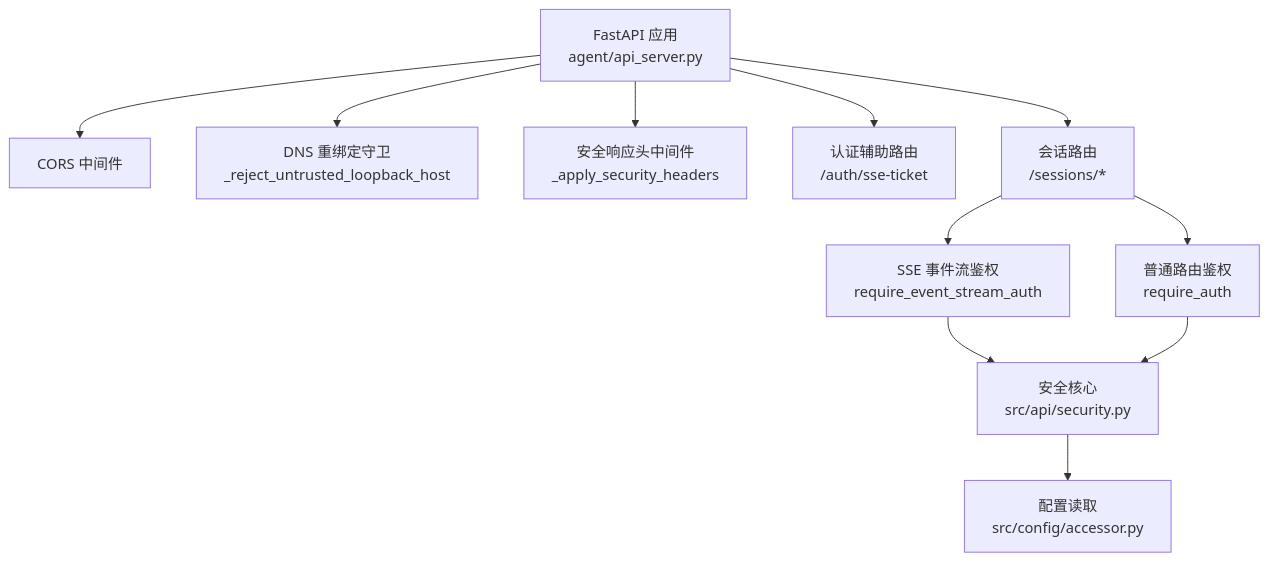
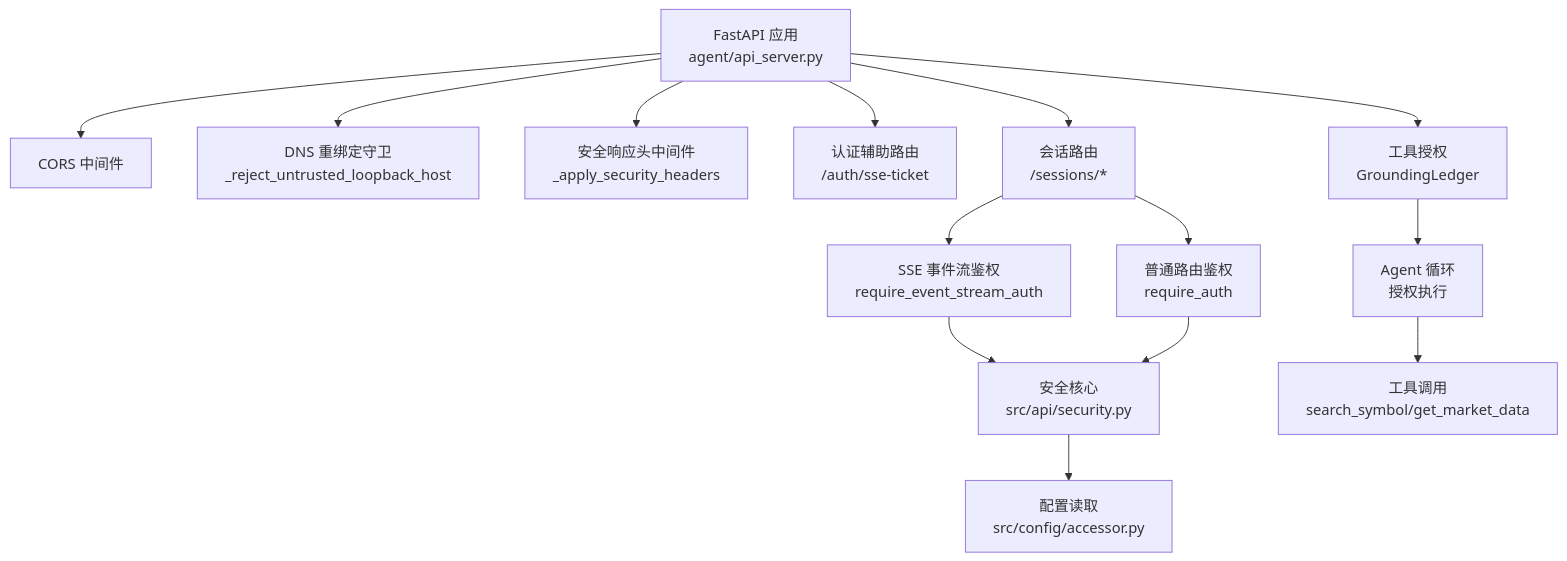
The first of 8 diagrams in .qoder/repowiki/zh/content/架构设计/安全架构/认证授权机制.md (20012002er/Vibe-Trading), drawn with Mermaid before and after one commit. The commit also changed other lines of this file and 9 other files, not shown here.

````diff
--- a/.qoder/repowiki/zh/content/架构设计/安全架构/认证授权机制.md
+++ b/.qoder/repowiki/zh/content/架构设计/安全架构/认证授权机制.md
@@ -38,13 +52,16 @@
 ```mermaid
 graph TB
 A["FastAPI 应用<br/>agent/api_server.py"] --> M1["CORS 中间件"]
 A --> M2["DNS 重绑定守卫<br/>_reject_untrusted_loopback_host"]
 A --> M3["安全响应头中间件<br/>_apply_security_headers"]
 A --> R1["认证辅助路由<br/>/auth/sse-ticket"]
 A --> R2["会话路由<br/>/sessions/*"]
 R2 --> S1["SSE 事件流鉴权<br/>require_event_stream_auth"]
 R2 --> S2["普通路由鉴权<br/>require_auth"]
 S1 --> SEC["安全核心<br/>src/api/security.py"]
 S2 --> SEC
 SEC --> CFG["配置读取<br/>src/config/accessor.py"]
+A --> GROUNDING["工具授权<br/>GroundingLedger"]
+GROUNDING --> LOOP["Agent 循环<br/>授权执行"]
+LOOP --> TOOLS["工具调用<br/>search_symbol/get_market_data"]
 ```
````
